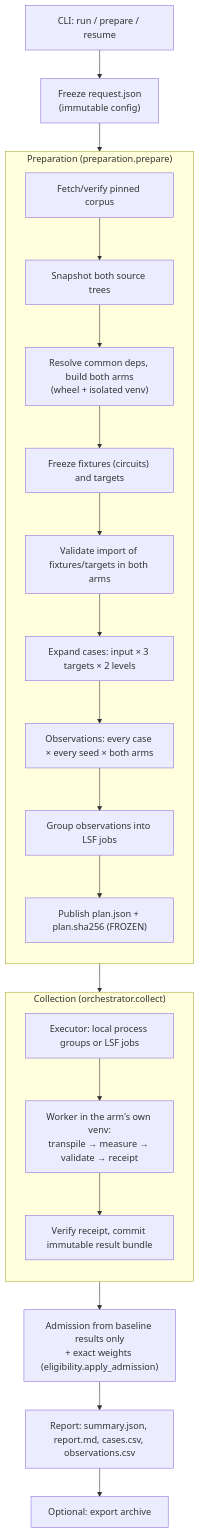
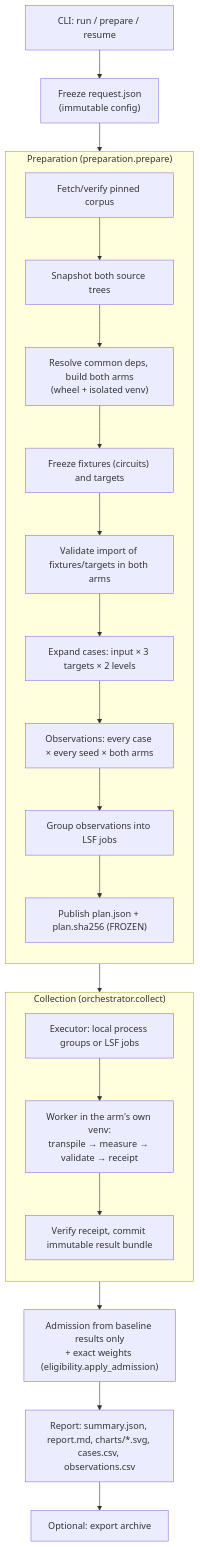
One commit to AI-native-Systems-Research/benchpress-compare changed the diagram in docs/benchmark_flow.md. Above: the diagram before and after it, drawn with Mermaid. The commit also changed other lines of this file and 20 other files, not shown here.

Commit message:
Changed the graphs

````diff
--- a/docs/benchmark_flow.md
+++ b/docs/benchmark_flow.md
@@ -28,29 +28,29 @@
 ```mermaid
 flowchart TD
     CLI["CLI: run / prepare / resume"] --> REQ["Freeze request.json<br/>(immutable config)"]
     REQ --> PREP
 
     subgraph PREP["Preparation (preparation.prepare)"]
         direction TB
         C["Fetch/verify pinned corpus"] --> S["Snapshot both source trees"]
         S --> B["Resolve common deps, build both arms<br/>(wheel + isolated venv)"]
         B --> F["Freeze fixtures (circuits) and targets"]
         F --> I["Validate import of fixtures/targets in both arms"]
         I --> K["Expand cases: input × 3 targets × 2 levels"]
         K --> OB["Observations: every case × every seed × both arms"]
         OB --> J["Group observations into LSF jobs"]
         J --> PUB["Publish plan.json + plan.sha256 (FROZEN)"]
     end
 
     PUB --> COL
 
     subgraph COL["Collection (orchestrator.collect)"]
         direction TB
         X["Executor: local process groups or LSF jobs"] --> WK["Worker in the arm's own venv:<br/>transpile → measure → validate → receipt"]
         WK --> CM["Verify receipt, commit immutable result bundle"]
     end
 
     COL --> AD["Admission from baseline results only<br/>+ exact weights (eligibility.apply_admission)"]
-    AD --> REP["Report: summary.json, report.md, cases.csv, observations.csv"]
+    AD --> REP["Report: summary.json, report.md, charts/*.svg, cases.csv, observations.csv"]
     REP --> EXP["Optional: export archive"]
 ```
````
